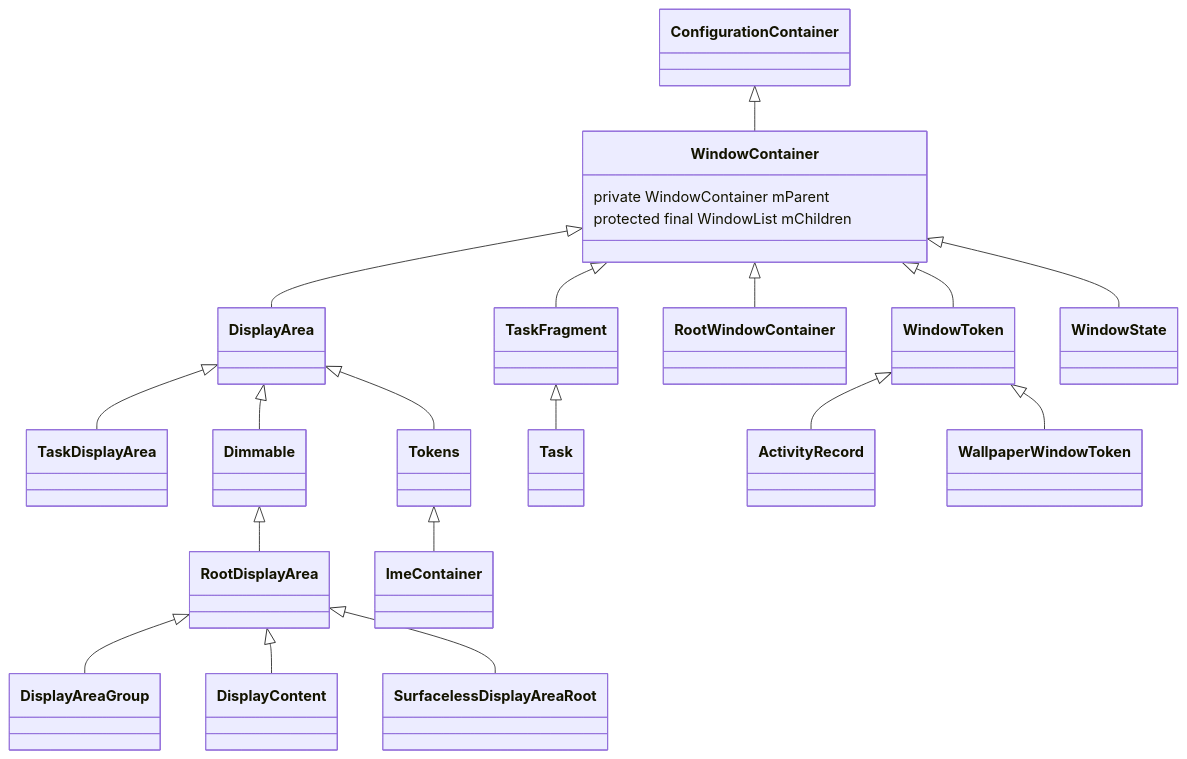
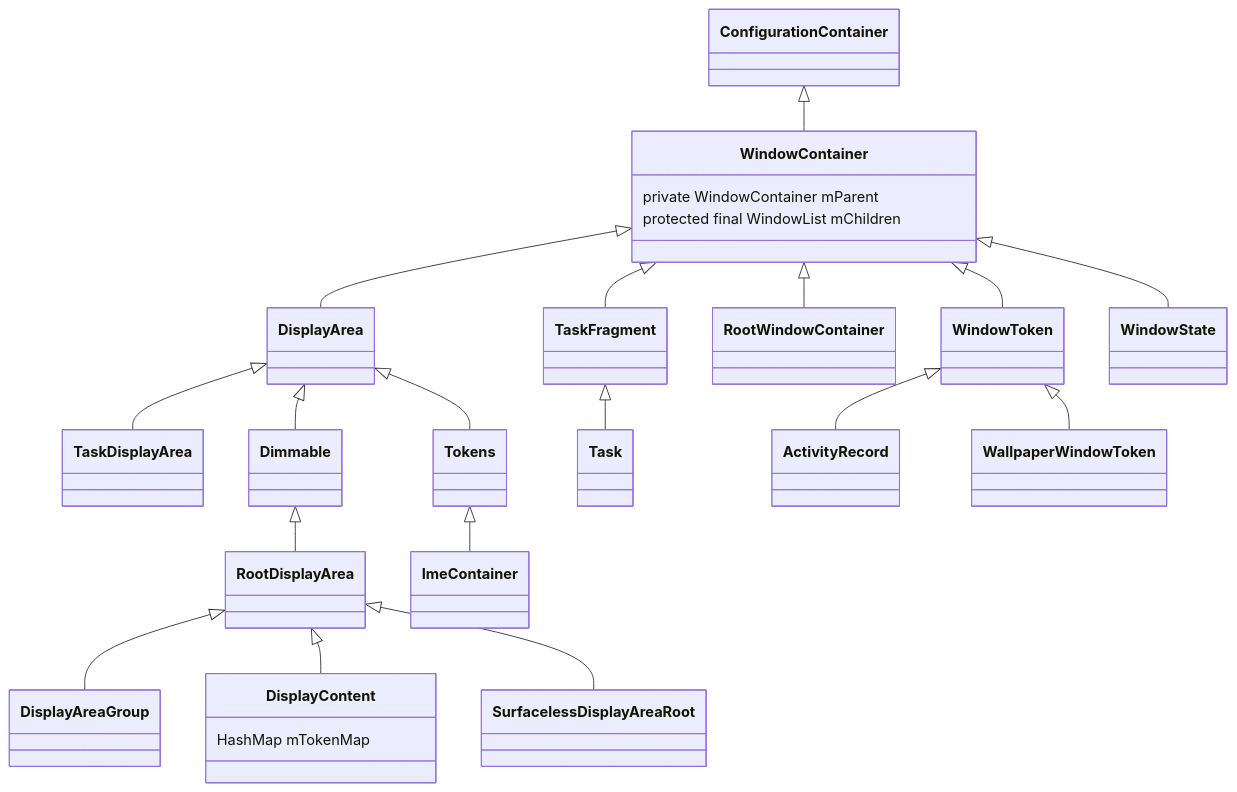
Before and after one commit to heqiangflytosky/qbook: the diagram in source/Android 窗口系统/android-window-system-window-tree-basic.md, drawn with Mermaid. The commit also changed other lines of this file and 7 other files, not shown here.

````diff
--- a/source/Android 窗口系统/android-window-system-window-tree-basic.md
+++ b/source/Android 窗口系统/android-window-system-window-tree-basic.md
@@ -87,24 +87,27 @@
 ```mermaid
 classDiagram
 ConfigurationContainer <|-- WindowContainer
 WindowContainer <|-- DisplayArea
 DisplayArea <|-- TaskDisplayArea
 WindowContainer <|-- TaskFragment
 TaskFragment <|-- Task
 WindowContainer <|-- RootWindowContainer
 DisplayArea <|-- Dimmable
 Dimmable <|-- RootDisplayArea
 RootDisplayArea <|-- DisplayAreaGroup
 RootDisplayArea <|-- DisplayContent
 RootDisplayArea <|-- SurfacelessDisplayAreaRoot
 WindowContainer <|-- WindowToken
 WindowToken <|-- ActivityRecord
 WindowToken <|-- WallpaperWindowToken
 WindowContainer <|-- WindowState
 DisplayArea <|-- Tokens
 Tokens <|-- ImeContainer
 class WindowContainer{
     private WindowContainer<WindowContainer> mParent
     protected final WindowList<WindowContainer> mChildren
 }
+class DisplayContent{
+    HashMap<IBinder, WindowToken> mTokenMap
+}
 ```
````
